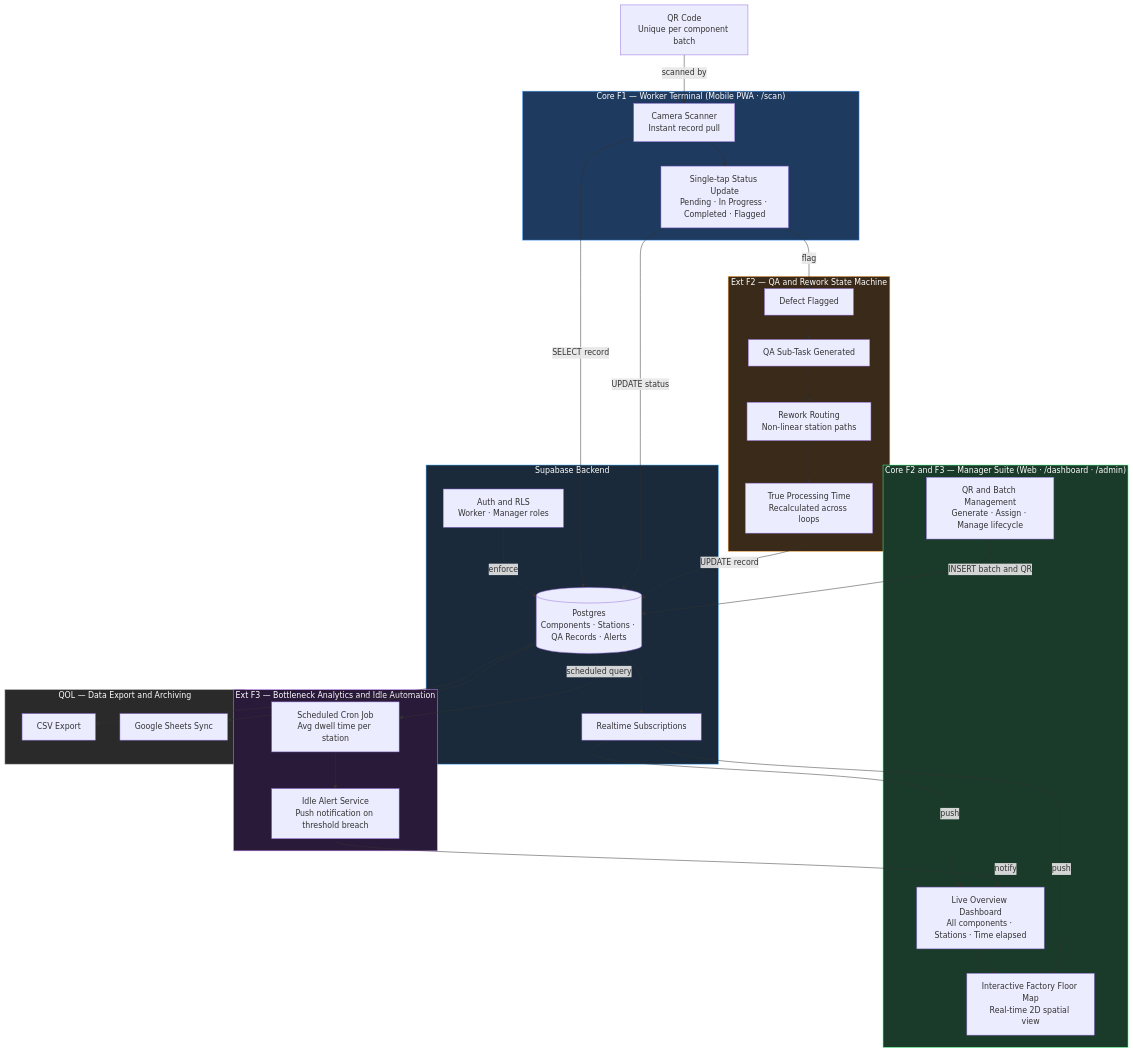
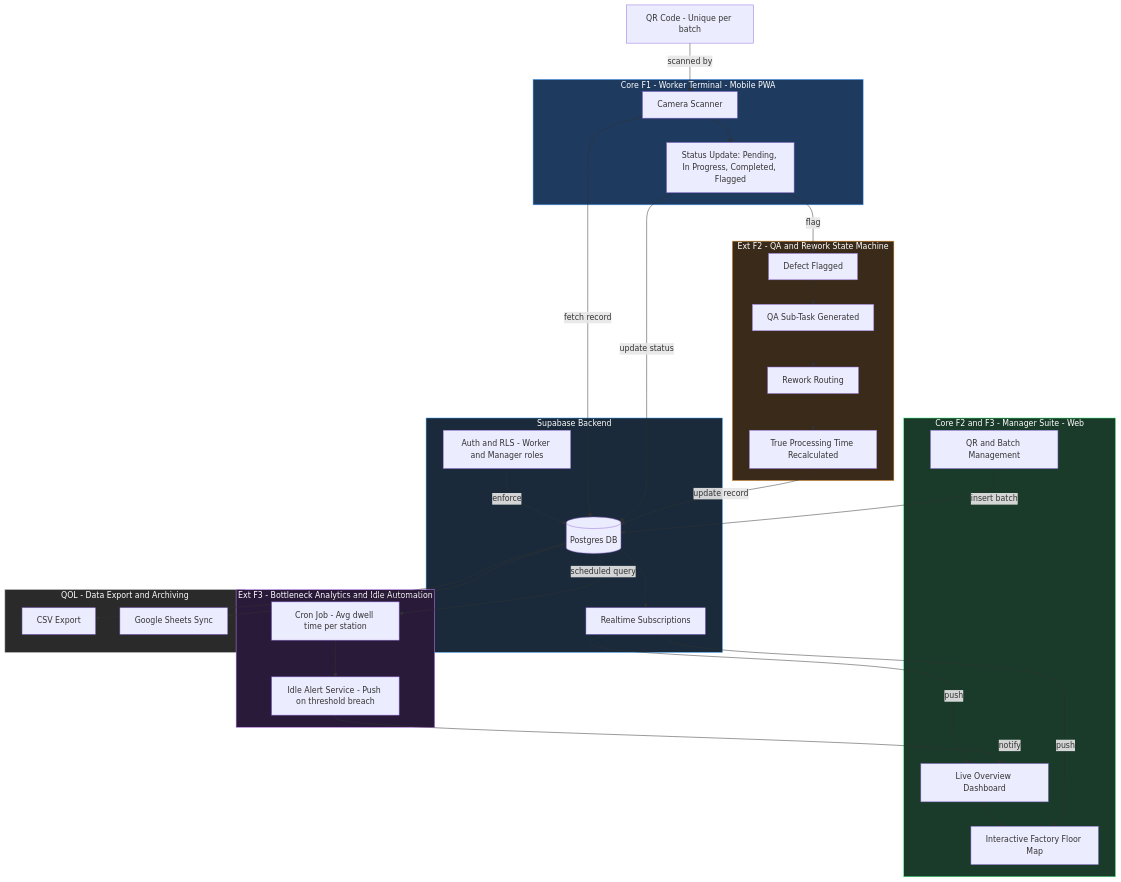
One commit to cmengu/MengKiaKnight changed the diagram in README.md. Above: the diagram before and after it, drawn with Mermaid.

Commit message:
update architecture to mermaid diagram

````diff
--- a/README.md
+++ b/README.md
@@ -48,63 +48,63 @@
 ```mermaid
 flowchart TD
-    QR[QR Code<br/>Unique per component batch] -->|scanned by| W_CAM
+    QR[QR Code - Unique per batch] -->|scanned by| W_CAM
 
-    subgraph Worker ["Core F1 — Worker Terminal  (Mobile PWA · /scan)"]
-        W_CAM[Camera Scanner<br/>Instant record pull]
-        W_TAP[Single-tap Status Update<br/>Pending · In Progress · Completed · Flagged]
+    subgraph Worker ["Core F1 - Worker Terminal - Mobile PWA"]
+        W_CAM[Camera Scanner]
+        W_TAP[Status Update: Pending, In Progress, Completed, Flagged]
         W_CAM --> W_TAP
     end
 
-    subgraph ManagerSuite ["Core F2 and F3 — Manager Suite  (Web · /dashboard · /admin)"]
-        M_DASH[Live Overview Dashboard<br/>All components · Stations · Time elapsed]
-        M_MAP[Interactive Factory Floor Map<br/>Real-time 2D spatial view]
-        M_ADMIN[QR and Batch Management<br/>Generate · Assign · Manage lifecycle]
+    subgraph ManagerSuite ["Core F2 and F3 - Manager Suite - Web"]
+        M_DASH[Live Overview Dashboard]
+        M_MAP[Interactive Factory Floor Map]
+        M_ADMIN[QR and Batch Management]
         M_DASH --> M_MAP
     end
 
-    subgraph StateMachine ["Ext F2 — QA and Rework State Machine"]
+    subgraph StateMachine ["Ext F2 - QA and Rework State Machine"]
         SM_FLAG[Defect Flagged]
         SM_QA[QA Sub-Task Generated]
-        SM_ROUTE[Rework Routing<br/>Non-linear station paths]
-        SM_TIME[True Processing Time<br/>Recalculated across loops]
+        SM_ROUTE[Rework Routing]
+        SM_TIME[True Processing Time Recalculated]
         SM_FLAG --> SM_QA --> SM_ROUTE --> SM_TIME
     end
 
-    subgraph Automation ["Ext F3 — Bottleneck Analytics and Idle Automation"]
-        A_CRON[Scheduled Cron Job<br/>Avg dwell time per station]
-        A_ALERT[Idle Alert Service<br/>Push notification on threshold breach]
+    subgraph Automation ["Ext F3 - Bottleneck Analytics and Idle Automation"]
+        A_CRON[Cron Job - Avg dwell time per station]
+        A_ALERT[Idle Alert Service - Push on threshold breach]
         A_CRON --> A_ALERT
     end
 
     subgraph Supabase ["Supabase Backend"]
         SB_RT[Realtime Subscriptions]
-        SB_DB[(Postgres<br/>Components · Stations · QA Records · Alerts)]
-        SB_AUTH[Auth and RLS<br/>Worker · Manager roles]
+        SB_DB[(Postgres DB)]
+        SB_AUTH[Auth and RLS - Worker and Manager roles]
         SB_AUTH -->|enforce| SB_DB
         SB_DB --> SB_RT
     end
 
-    subgraph Export ["QOL — Data Export and Archiving"]
+    subgraph Export ["QOL - Data Export and Archiving"]
         EX_CSV[CSV Export]
         EX_GS[Google Sheets Sync]
     end
 
-    W_CAM -->|SELECT record| SB_DB
-    W_TAP -->|UPDATE status| SB_DB
+    W_CAM -->|fetch record| SB_DB
+    W_TAP -->|update status| SB_DB
     W_TAP -->|flag| SM_FLAG
-    SM_TIME -->|UPDATE record| SB_DB
-    M_ADMIN -->|INSERT batch and QR| SB_DB
+    SM_TIME -->|update record| SB_DB
+    M_ADMIN -->|insert batch| SB_DB
     SB_RT -->|push| M_DASH
     SB_RT -->|push| M_MAP
     SB_DB -->|scheduled query| A_CRON
     A_ALERT -->|notify| M_DASH
     SB_DB --> EX_CSV
     SB_DB --> EX_GS
 
     style Worker fill:#1e3a5f,color:#fff,stroke:#4a9eff
     style ManagerSuite fill:#1a3a2a,color:#fff,stroke:#4aff88
     style StateMachine fill:#3a2a1a,color:#fff,stroke:#ffaa44
     style Automation fill:#2a1a3a,color:#fff,stroke:#cc88ff
     style Supabase fill:#1a2a3a,color:#fff,stroke:#44aaff
     style Export fill:#2a2a2a,color:#fff,stroke:#aaaaaa
 ```
````
